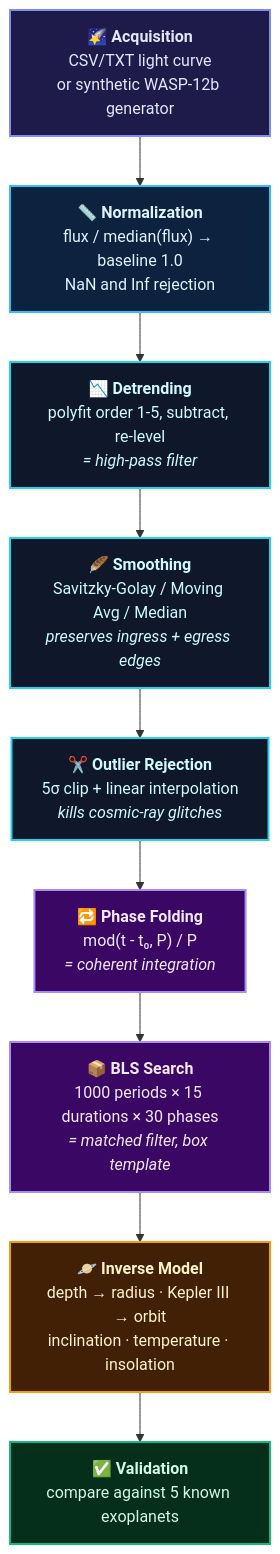
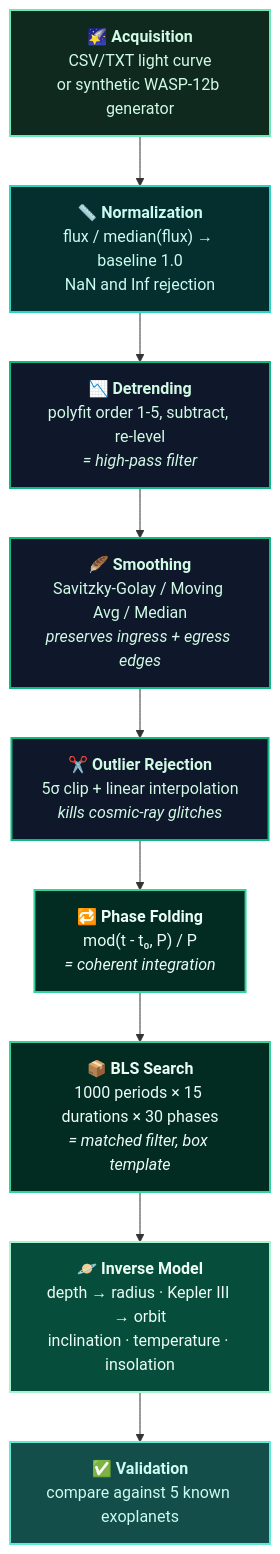
The diagram in README.md (HassanKhalid8/Exoplanet-Transit-Detection-System), drawn with Mermaid before and after one commit. The commit also changed other lines of this file, not shown here.

````diff
--- a/README.md
+++ b/README.md
@@ -78,21 +78,21 @@
 ```mermaid
 flowchart TD
     A["🌠 <b>Acquisition</b><br/>CSV/TXT light curve<br/>or synthetic WASP-12b generator"]:::acq
     B["📏 <b>Normalization</b><br/>flux / median(flux) → baseline 1.0<br/>NaN and Inf rejection"]:::norm
     C["📉 <b>Detrending</b><br/>polyfit order 1-5, subtract, re-level<br/><i>= high-pass filter</i>"]:::cond
     D["🪶 <b>Smoothing</b><br/>Savitzky-Golay / Moving Avg / Median<br/><i>preserves ingress + egress edges</i>"]:::cond
     E["✂️ <b>Outlier Rejection</b><br/>5σ clip + linear interpolation<br/><i>kills cosmic-ray glitches</i>"]:::cond
     F["🔁 <b>Phase Folding</b><br/>mod(t - t₀, P) / P<br/><i>= coherent integration</i>"]:::bls
     G["📦 <b>BLS Search</b><br/>1000 periods × 15 durations × 30 phases<br/><i>= matched filter, box template</i>"]:::bls
     H["🪐 <b>Inverse Model</b><br/>depth → radius · Kepler III → orbit<br/>inclination · temperature · insolation"]:::phys
     I["✅ <b>Validation</b><br/>compare against 5 known exoplanets"]:::out
 
     A --> B --> C --> D --> E --> F --> G --> H --> I
 
-    classDef acq fill:#1e1b4b,stroke:#818cf8,stroke-width:2px,color:#e0e7ff
-    classDef norm fill:#0c2340,stroke:#38bdf8,stroke-width:2px,color:#e0f2fe
-    classDef cond fill:#0f172a,stroke:#22d3ee,stroke-width:2px,color:#cffafe
-    classDef bls fill:#3b0764,stroke:#a78bfa,stroke-width:2px,color:#f3e8ff
-    classDef phys fill:#422006,stroke:#f59e0b,stroke-width:2px,color:#fef3c7
-    classDef out fill:#052e1b,stroke:#10b981,stroke-width:2px,color:#d1fae5
+    classDef acq fill:#0f291f,stroke:#6ee7b7,stroke-width:2px,color:#d1fae5
+    classDef norm fill:#042f2e,stroke:#2dd4bf,stroke-width:2px,color:#ccfbf1
+    classDef cond fill:#0f172a,stroke:#10b981,stroke-width:2px,color:#d1fae5
+    classDef bls fill:#022c22,stroke:#34d399,stroke-width:2px,color:#ecfdf5
+    classDef phys fill:#064e3b,stroke:#a7f3d0,stroke-width:2px,color:#ecfdf5
+    classDef out fill:#134e4a,stroke:#5eead4,stroke-width:2px,color:#ccfbf1
 ```
````
